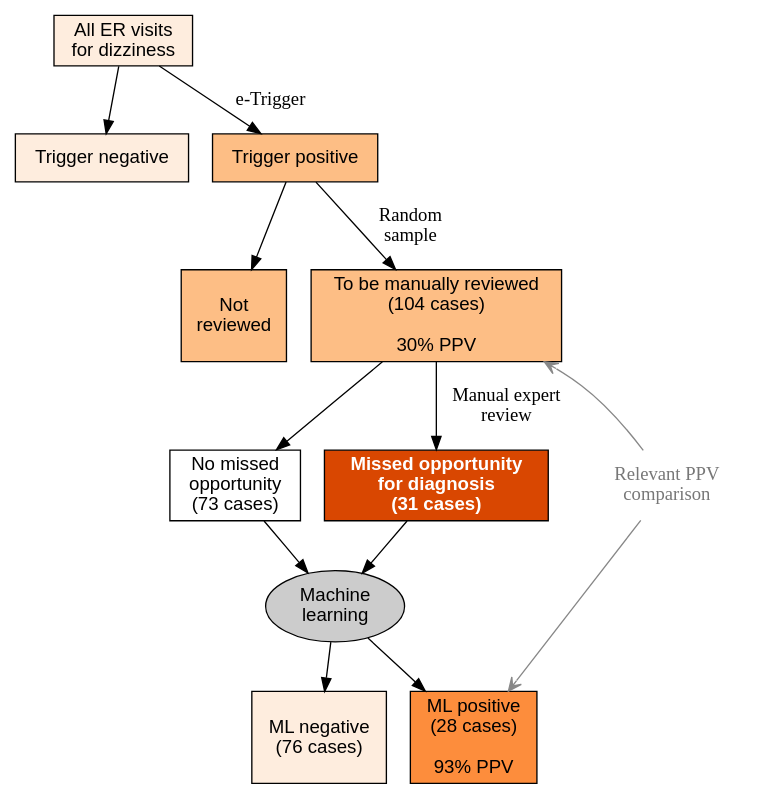
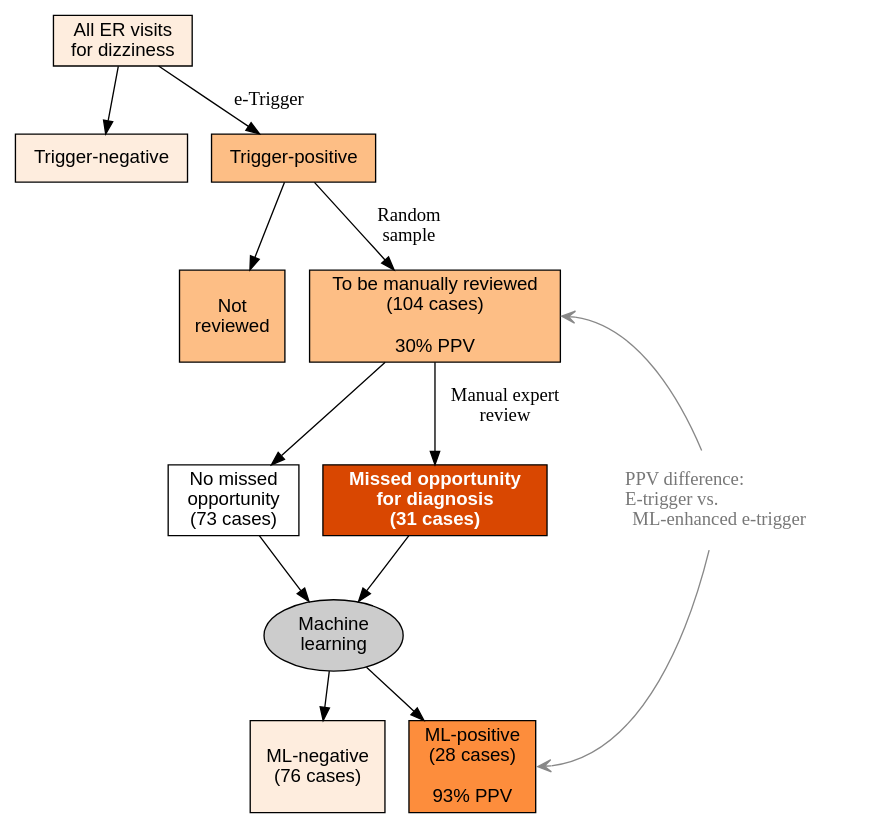
The diagram in AndyZimolzak/flow-colors-sparser.dot (zimolzak/ml-detect-diagnostic-safety), drawn with Graphviz before and after one commit.

Commit message:
Looking good. Fix grey lines and few other labels.

```diff
--- a/AndyZimolzak/flow-colors-sparser.dot
+++ b/AndyZimolzak/flow-colors-sparser.dot
@@ -1,50 +1,48 @@
 digraph G {
 
 node [style = filled, fillcolor="white", fontname="Helvetica", colorscheme="oranges4"]
 
 
 
-// Rectangles for number of charts
+// Nodes
 
 twentyMillion [shape="rectangle", label="All ER visits\nfor dizziness", fillcolor=1];
-millionsNeg   [shape="rectangle", label="Trigger negative", fillcolor=1];
-thousands     [shape="rectangle", label="Trigger positive", fillcolor=2];
+millionsNeg   [shape="rectangle", label="Trigger-negative", fillcolor=1];
+thousands     [shape="rectangle", label="Trigger-positive", fillcolor=2];
 
 notReview [shape="rectangle" label="\nNot\nreviewed\n ", fillcolor=2];
 hundredReview [shape="rectangle", label="To be manually reviewed\n(104 cases)\n\n30% PPV", fillcolor=2];
 
 noMissedOD [shape="rectangle", label="No missed\nopportunity\n(73 cases)"];
 MissedOD   [shape="rectangle", label="Missed opportunity\nfor diagnosis\n(31 cases)", fillcolor=4, fontcolor="white", fontname="Helvetica-Bold"];
 
-mlneg [shape="rectangle", fillcolor=1, label="\nML negative\n(76 cases)\n "];
-mlpos [shape="rectangle", fillcolor=3, label="ML positive\n(28 cases)\n\n93% PPV"];  // color 3 is used only for ML +
+mlneg [shape="rectangle", fillcolor=1, label="\nML-negative\n(76 cases)\n "];
+mlpos [shape="rectangle", fillcolor=3, label="ML-positive\n(28 cases)\n\n93% PPV"];  // color 3 is used only for ML +
 
-ML [fillcolor="#cccccc", label="Machine\nlearning"];
+ML [fillcolor="#cccccc", label="Machine\nlearning"];  // The only non-rectangle
 
 
 
 
 // Edges
 
 twentyMillion -> millionsNeg;
 twentyMillion -> thousands [label="e-Trigger"];
 
 thousands -> notReview;
 thousands -> hundredReview [label="Random\nsample"];
 
 hundredReview -> noMissedOD;
 hundredReview -> MissedOD [label="Manual expert\nreview"];
 
 noMissedOD -> ML;
 MissedOD -> ML;
 
 ML -> mlneg;
 ML -> mlpos;
 
-MLImproves[penwidth=0, label="Relevant PPV\ncomparison", fontcolor="#777777", fontname="Helvetica Italic"]
-hundredReview -> MLImproves [color="#888888", arrowtail=vee, dir=back]
-MLImproves -> mlpos [color="#888888", arrowhead=vee, constraint=false]
-
-//e-trigger alone vs. e-trigger plus ML
+MLImproves[penwidth=0, label="PPV difference:\l E-trigger vs.\l ML-enhanced e-trigger", fontcolor="#777777", fontname="Helvetica Italic"]
+hundredReview -> MLImproves [color="#888888", arrowtail=vee, dir=back, tailport=e]
+MLImproves -> mlpos [color="#888888", arrowhead=vee, constraint=false, headport=e]
 
 }
```
